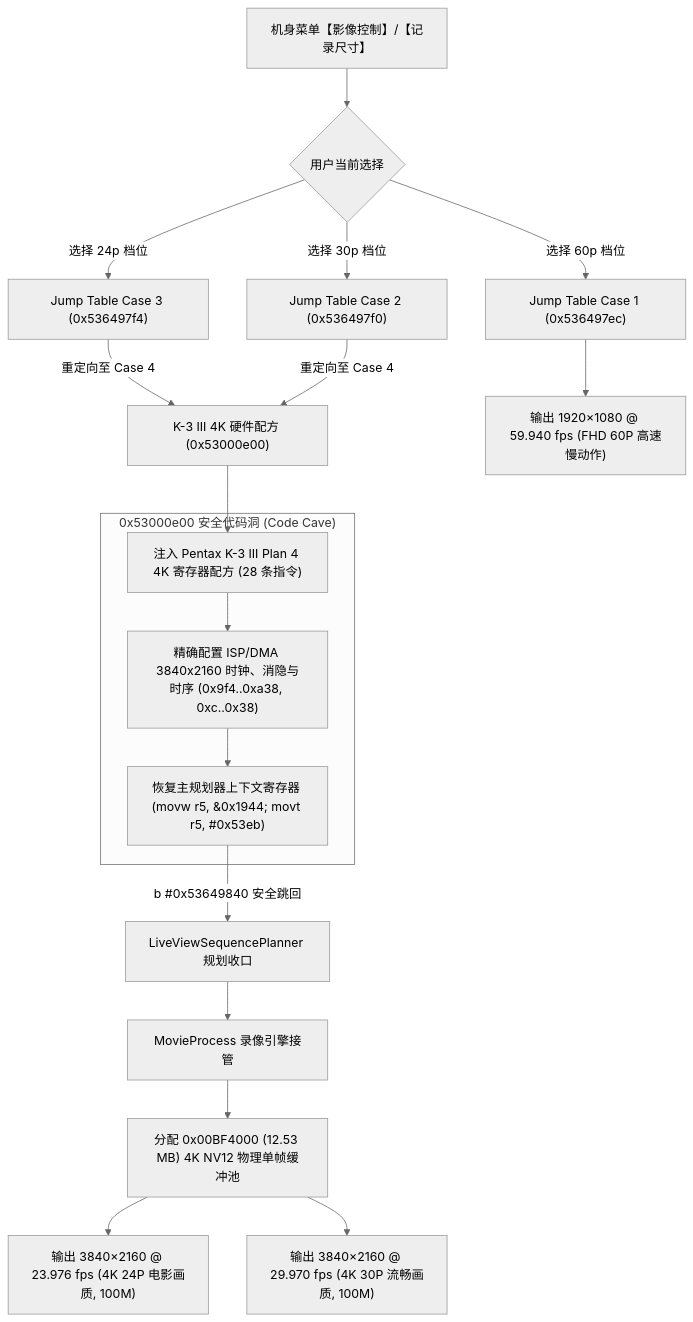
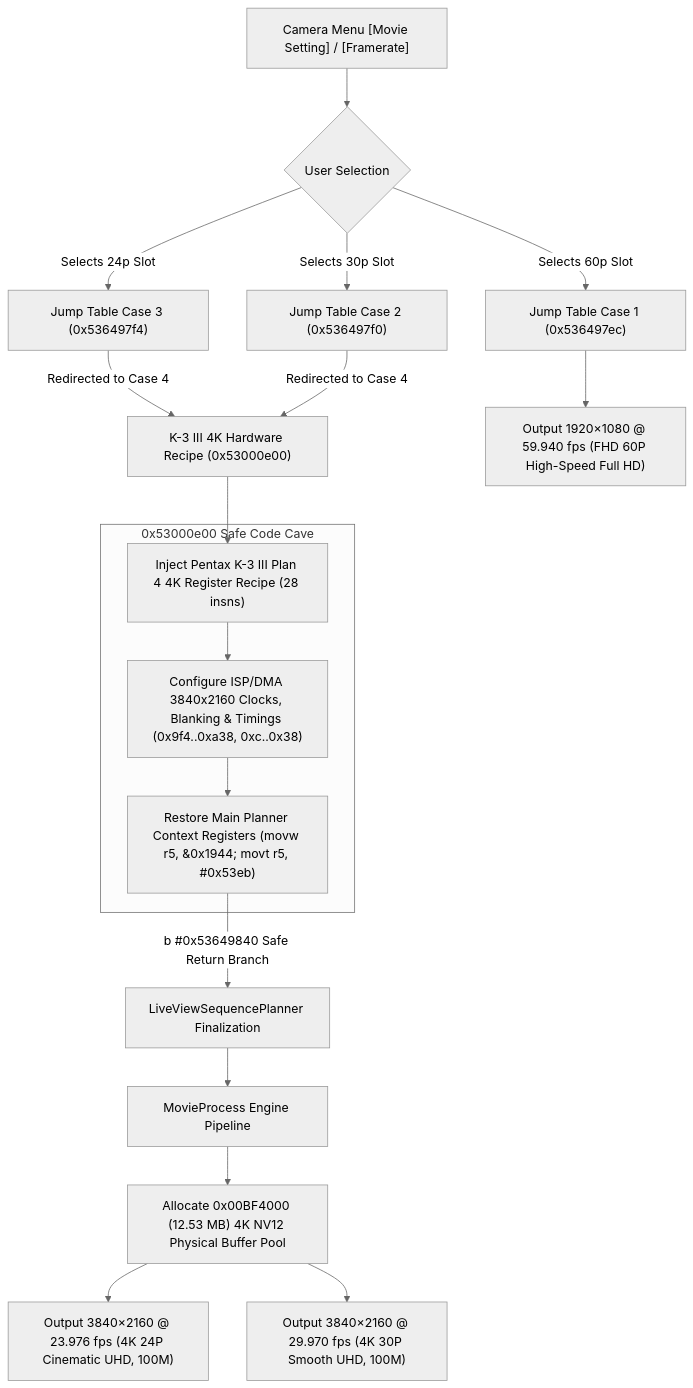
One commit to cqkking/ricoh-gr4-4k-mod changed the diagram in README.md. Above: the diagram before and after it, drawn with Mermaid (neutral theme). The commit also changed other lines of this file and 1 other file, not shown here.

````diff
--- a/README.md
+++ b/README.md
@@ -37,26 +39,26 @@
 ```mermaid
 flowchart TD
-    User["机身菜单【影像控制】/【记录尺寸】"] --> Choice{"用户当前选择"}
-    Choice -->|选择 24p 档位| C3["Jump Table Case 3 (0x536497f4)"]
-    Choice -->|选择 30p 档位| C2["Jump Table Case 2 (0x536497f0)"]
-    Choice -->|选择 60p 档位| C1["Jump Table Case 1 (0x536497ec)"]
+    User["Camera Menu [Movie Setting] / [Framerate]"] --> Choice{"User Selection"}
+    Choice -->|Selects 24p Slot| C3["Jump Table Case 3 (0x536497f4)"]
+    Choice -->|Selects 30p Slot| C2["Jump Table Case 2 (0x536497f0)"]
+    Choice -->|Selects 60p Slot| C1["Jump Table Case 1 (0x536497ec)"]
     
-    C3 -->|重定向至 Case 4| Cave["K-3 III 4K 硬件配方 (0x53000e00)"]
-    C2 -->|重定向至 Case 4| Cave
+    C3 -->|Redirected to Case 4| Cave["K-3 III 4K Hardware Recipe (0x53000e00)"]
+    C2 -->|Redirected to Case 4| Cave
     
-    subgraph K3_RECIPE["0x53000e00 安全代码洞 (Code Cave)"]
-        D["注入 Pentax K-3 III Plan 4 4K 寄存器配方 (28 条指令)"]
-        D --> E["精确配置 ISP/DMA 3840x2160 时钟、消隐与时序 (0x9f4..0xa38, 0xc..0x38)"]
-        E --> F["恢复主规划器上下文寄存器 (movw r5, #0x1944; movt r5, #0x53eb)"]
+    subgraph K3_RECIPE["0x53000e00 Safe Code Cave"]
+        D["Inject Pentax K-3 III Plan 4 4K Register Recipe (28 insns)"]
+        D --> E["Configure ISP/DMA 3840x2160 Clocks, Blanking & Timings (0x9f4..0xa38, 0xc..0x38)"]
+        E --> F["Restore Main Planner Context Registers (movw r5, #0x1944; movt r5, #0x53eb)"]
     end
     
     Cave --> D
-    F -->|b #0x53649840 安全跳回| Planner["LiveViewSequencePlanner 规划收口"]
+    F -->|b #0x53649840 Safe Return Branch| Planner["LiveViewSequencePlanner Finalization"]
     
-    Planner --> MovieEngine["MovieProcess 录像引擎接管"]
-    MovieEngine --> BufferPool["分配 0x00BF4000 (12.53 MB) 4K NV12 物理单帧缓冲池"]
+    Planner --> MovieEngine["MovieProcess Engine Pipeline"]
+    MovieEngine --> BufferPool["Allocate 0x00BF4000 (12.53 MB) 4K NV12 Physical Buffer Pool"]
     
-    BufferPool --> P24["输出 3840×2160 @ 23.976 fps (4K 24P 电影画质, 100M)"]
-    BufferPool --> P30["输出 3840×2160 @ 29.970 fps (4K 30P 流畅画质, 100M)"]
-    C1 --> P60["输出 1920×1080 @ 59.940 fps (FHD 60P 高速慢动作)"]
+    BufferPool --> P24["Output 3840×2160 @ 23.976 fps (4K 24P Cinematic UHD, 100M)"]
+    BufferPool --> P30["Output 3840×2160 @ 29.970 fps (4K 30P Smooth UHD, 100M)"]
+    C1 --> P60["Output 1920×1080 @ 59.940 fps (FHD 60P High-Speed Full HD)"]
 ```
````
